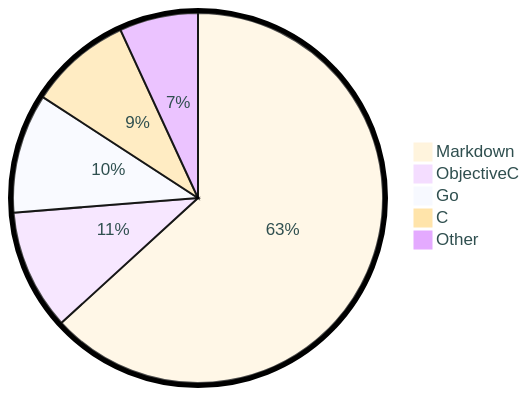
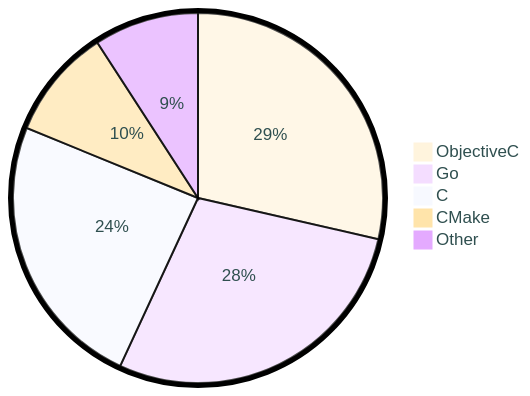
Before and after one commit to tot0p/tot0p: the diagram in README.md, drawn with Mermaid. The commit also changed other lines of this file, not shown here.

````diff
--- a/README.md
+++ b/README.md
@@ -77,9 +77,9 @@
 ```mermaid
 %%{init: {"pie": {"textPosition": 0.5}, "themeVariables": {"pieOuterStrokeWidth": "5px","primaryTextColor" : "#2F4F4F"},"theme":"base"} }%%
 pie
-	"Markdown": 63.21
-	"ObjectiveC": 10.53
-	"Go": 10.44
-	"C": 8.94
-	"Other": 6.879999999999999
+	"ObjectiveC": 28.58
+	"Go": 28.33
+	"C": 24.27
+	"CMake": 9.68
+	"Other": 9.15
 ```
````
